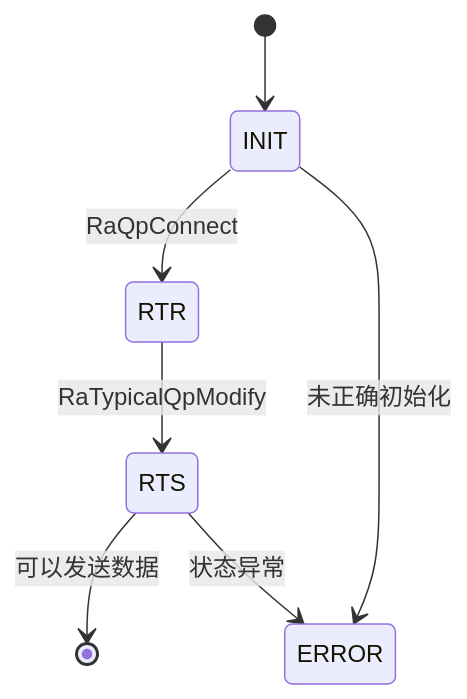
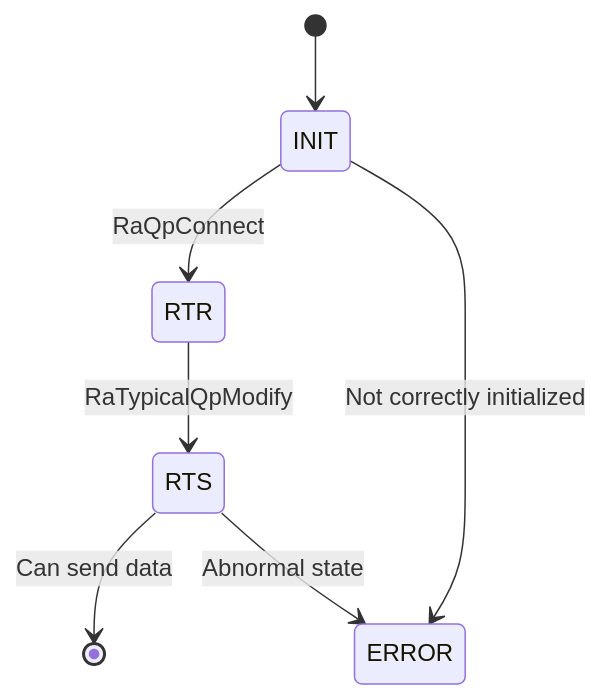
One commit to Atlas-Ascend-Fork/hcomm changed the second of 4 diagrams in test/hccl_vm/docs/faq/modules/faq_en.md. Above: the diagram before and after it, drawn with Mermaid. The commit also changed other lines of this file and 73 other files, not shown here.

````diff
--- a/test/hccl_vm/docs/faq/modules/faq_en.md
+++ b/test/hccl_vm/docs/faq/modules/faq_en.md
@@ -548,9 +548,9 @@
 ```mermaid
 stateDiagram-v2
     [*] --> INIT
     INIT --> RTR: RaQpConnect
     RTR --> RTS: RaTypicalQpModify
-    RTS --> [*]: 可以发送数据
-    RTS --> ERROR: 状态异常
-    INIT --> ERROR: 未正确初始化
+    RTS --> [*]: Can send data
+    RTS --> ERROR: Abnormal state
+    INIT --> ERROR: Not correctly initialized
 ```
````
